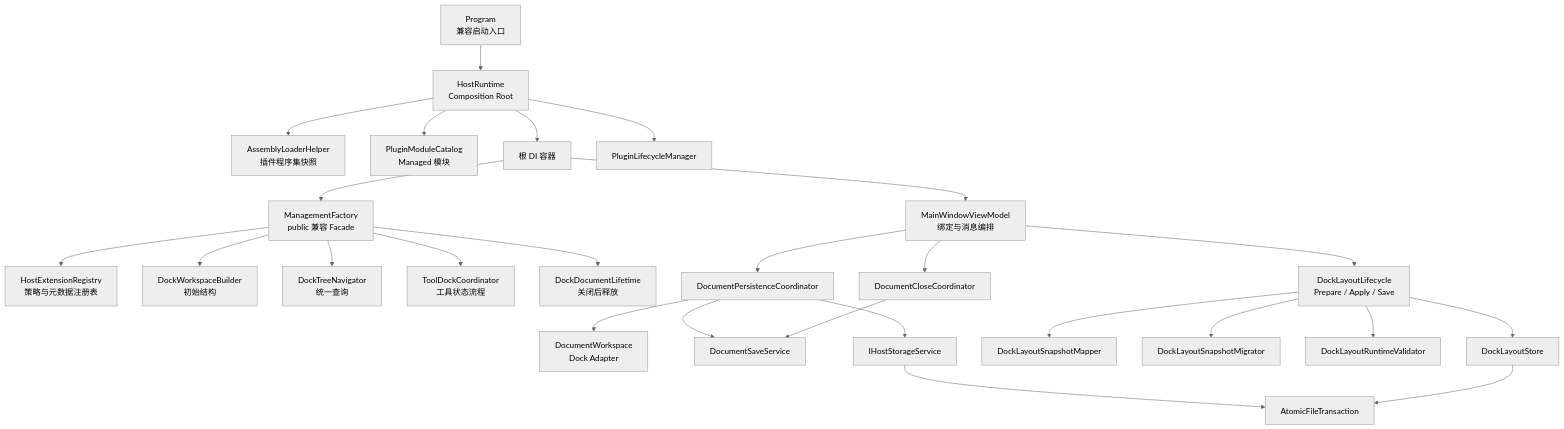
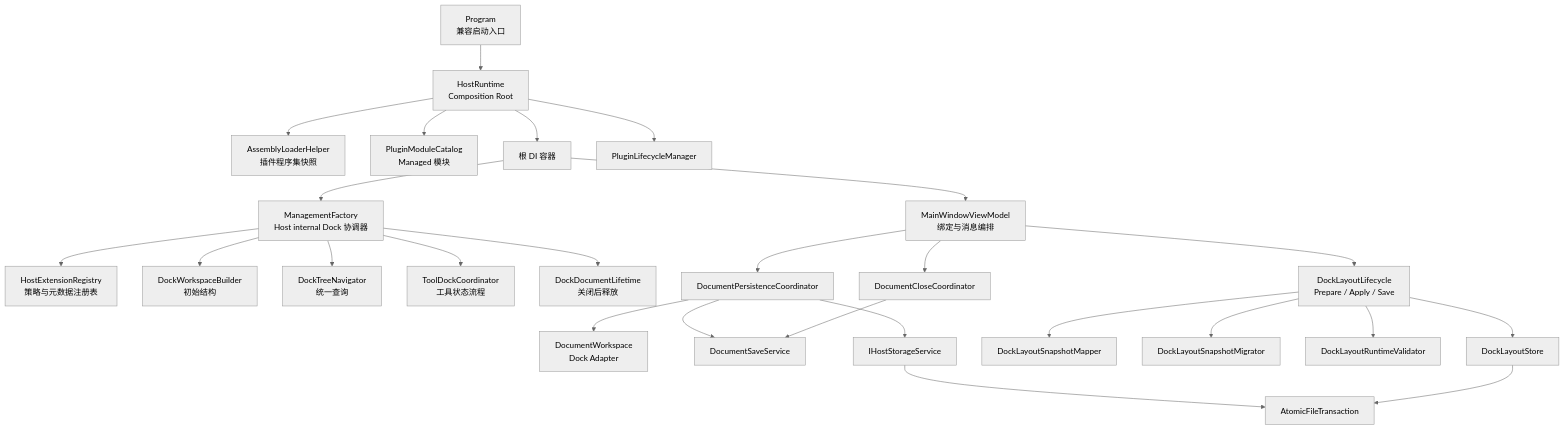
The first of 2 diagrams in Host/MyAvaloniaManagement/docs/design/architecture.md (crownclowngx/avalonia_dock_simple_test), drawn with Mermaid (neutral theme) before and after one commit. The commit also changed other lines of this file and 76 other files, not shown here.

````diff
--- a/Host/MyAvaloniaManagement/docs/design/architecture.md
+++ b/Host/MyAvaloniaManagement/docs/design/architecture.md
@@ -18,31 +18,31 @@
 ```mermaid
 flowchart TB
     Program["Program<br/>兼容启动入口"] --> Runtime["HostRuntime<br/>Composition Root"]
     Runtime --> Loader["AssemblyLoaderHelper<br/>插件程序集快照"]
     Runtime --> Catalog["PluginModuleCatalog<br/>Managed 模块"]
     Runtime --> Container["根 DI 容器"]
     Runtime --> Lifecycle["PluginLifecycleManager"]
 
-    Container --> Factory["ManagementFactory<br/>public 兼容 Facade"]
+    Container --> Factory["ManagementFactory<br/>Host internal Dock 协调器"]
     Factory --> Registry["HostExtensionRegistry<br/>策略与元数据注册表"]
     Factory --> Builder["DockWorkspaceBuilder<br/>初始结构"]
     Factory --> Navigator["DockTreeNavigator<br/>统一查询"]
     Factory --> ToolCoordinator["ToolDockCoordinator<br/>工具状态流程"]
     Factory --> DocumentLifetime["DockDocumentLifetime<br/>关闭后释放"]
 
     Container --> MainVM["MainWindowViewModel<br/>绑定与消息编排"]
     MainVM --> Documents["DocumentPersistenceCoordinator"]
     MainVM --> Close["DocumentCloseCoordinator"]
     Documents --> Workspace["DocumentWorkspace<br/>Dock Adapter"]
     Documents --> Save["DocumentSaveService"]
     Close --> Save
     Documents --> Storage["IHostStorageService"]
     Storage --> Atomic["AtomicFileTransaction"]
 
     MainVM --> Layout["DockLayoutLifecycle<br/>Prepare / Apply / Save"]
     Layout --> Mapper["DockLayoutSnapshotMapper"]
     Layout --> Migrator["DockLayoutSnapshotMigrator"]
     Layout --> Validator["DockLayoutRuntimeValidator"]
     Layout --> Store["DockLayoutStore"]
     Store --> Atomic
 ```
````
